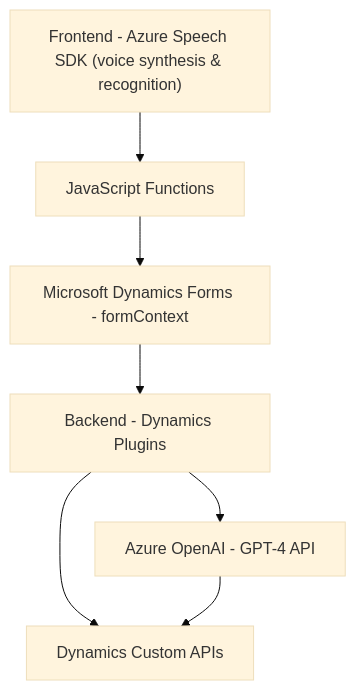
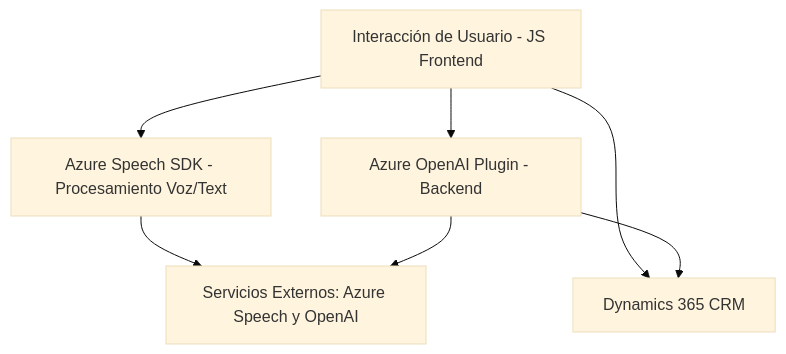
The diagram in README.md (blopezdm/NETCORE_BILBAO2025), drawn with Mermaid (base theme) before and after one commit. The commit also changed other lines of this file, not shown here.

````diff
--- a/README.md
+++ b/README.md
@@ -67,14 +51,15 @@
 ```mermaid
 graph TD
-    A["Frontend - Azure Speech SDK (voice synthesis & recognition)"]
-    B["JavaScript Functions"]
-    C["Microsoft Dynamics Forms - formContext"]
-    D["Backend - Dynamics Plugins"]
-    E["Azure OpenAI - GPT-4 API"]
-    F["Dynamics Custom APIs"]
+    A["Interacción de Usuario - JS Frontend"]
+    B["Azure Speech SDK - Procesamiento Voz/Text"]
+    C["Azure OpenAI Plugin - Backend"]
+    D["Dynamics 365 CRM"]
+    E["Servicios Externos: Azure Speech y OpenAI"]
 
-    A --> B --> C
-    C --> D --> F
-    D --> E
-    E --> F
+    A --> B
+    A --> D  
+    A --> C
+    B --> E
+    C --> D
+    C --> E
 ```
````
